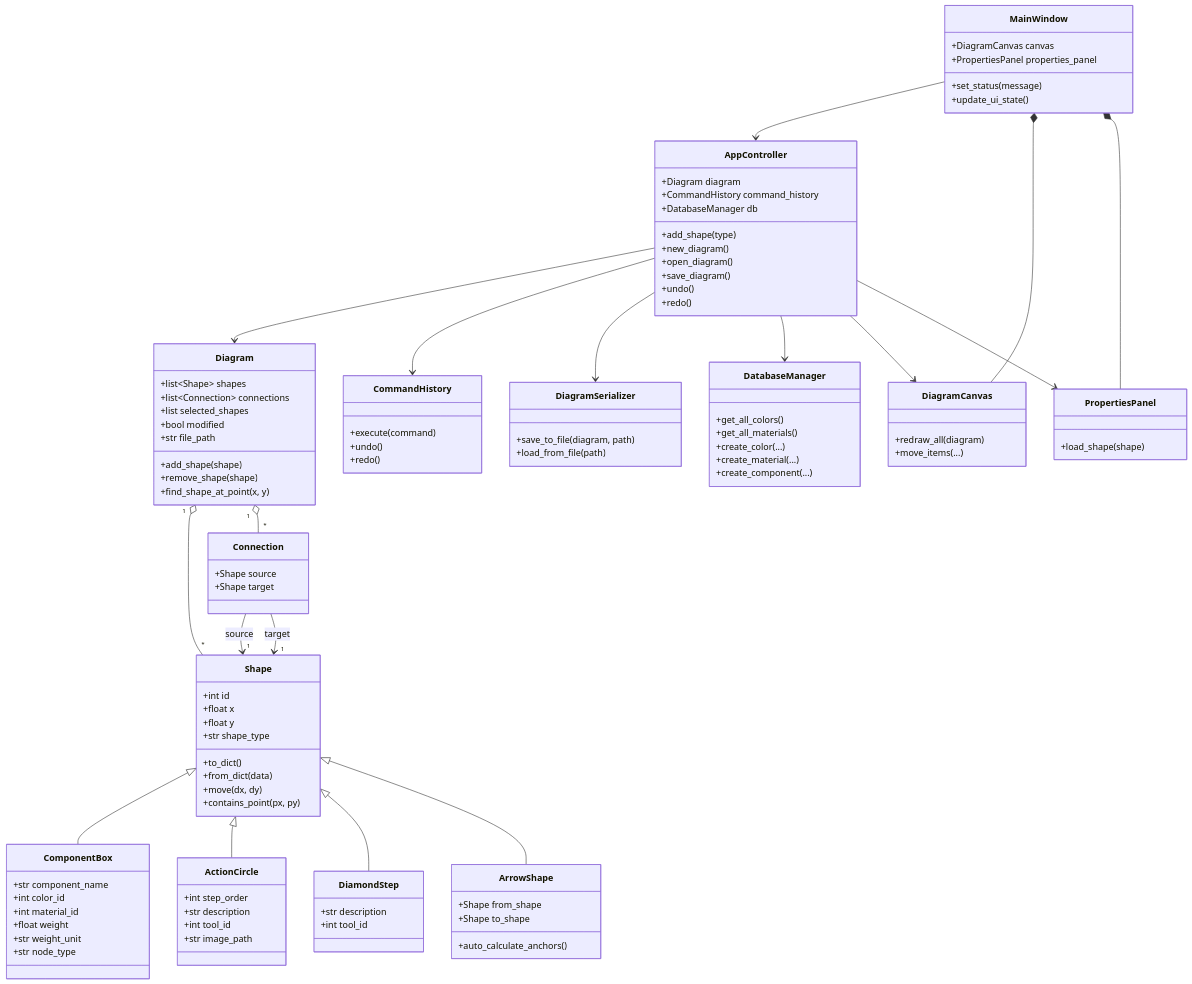
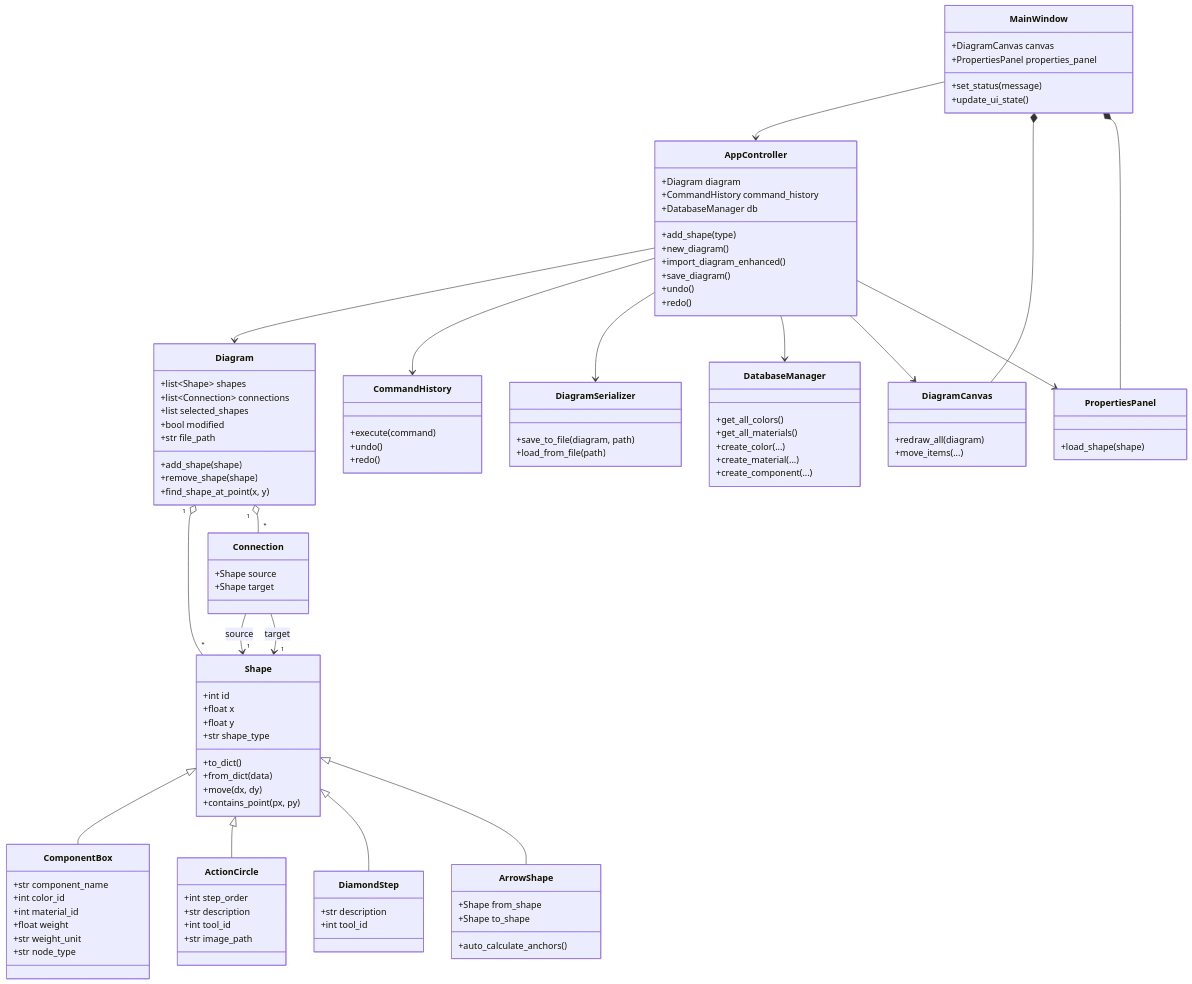
The diagram in futurdata-thesis/docs/drs/imgs/cd.mmd (EmanuelaIbra/futurdata-thesis-emanuela), drawn with Mermaid before and after one commit. The commit also changed 39 other files, not shown here.

```diff
--- a/futurdata-thesis/docs/drs/imgs/cd.mmd
+++ b/futurdata-thesis/docs/drs/imgs/cd.mmd
@@ -1,106 +1,106 @@
 classDiagram
     class Shape {
         +int id
         +float x
         +float y
         +str shape_type
         +to_dict()
         +from_dict(data)
         +move(dx, dy)
         +contains_point(px, py)
     }
     class ComponentBox {
         +str component_name
         +int color_id
         +int material_id
         +float weight
         +str weight_unit
         +str node_type
     }
     class ActionCircle {
         +int step_order
         +str description
         +int tool_id
         +str image_path
     }
     class DiamondStep {
         +str description
         +int tool_id
     }
     class ArrowShape {
         +Shape from_shape
         +Shape to_shape
         +auto_calculate_anchors()
     }
     class Connection {
         +Shape source
         +Shape target
     }
     class Diagram {
         +list~Shape~ shapes
         +list~Connection~ connections
         +list selected_shapes
         +bool modified
         +str file_path
         +add_shape(shape)
         +remove_shape(shape)
         +find_shape_at_point(x, y)
     }
     class AppController {
         +Diagram diagram
         +CommandHistory command_history
         +DatabaseManager db
         +add_shape(type)
         +new_diagram()
-        +open_diagram()
+        +import_diagram_enhanced()
         +save_diagram()
         +undo()
         +redo()
     }
     class CommandHistory {
         +execute(command)
         +undo()
         +redo()
     }
     class DiagramSerializer {
         +save_to_file(diagram, path)
         +load_from_file(path)
     }
     class DatabaseManager {
         +get_all_colors()
         +get_all_materials()
         +create_color(...)
         +create_material(...)
         +create_component(...)
     }
     class MainWindow {
         +DiagramCanvas canvas
         +PropertiesPanel properties_panel
         +set_status(message)
         +update_ui_state()
     }
     class DiagramCanvas {
         +redraw_all(diagram)
         +move_items(...)
     }
     class PropertiesPanel {
         +load_shape(shape)
     }
 
     Shape <|-- ComponentBox
     Shape <|-- ActionCircle
     Shape <|-- DiamondStep
     Shape <|-- ArrowShape
     Diagram "1" o-- "*" Shape
     Diagram "1" o-- "*" Connection
     Connection --> "1" Shape : source
     Connection --> "1" Shape : target
     MainWindow --> AppController
     MainWindow *-- DiagramCanvas
     MainWindow *-- PropertiesPanel
     AppController --> Diagram
     AppController --> CommandHistory
     AppController --> DiagramSerializer
     AppController --> DatabaseManager
     AppController --> DiagramCanvas
     AppController --> PropertiesPanel
```
